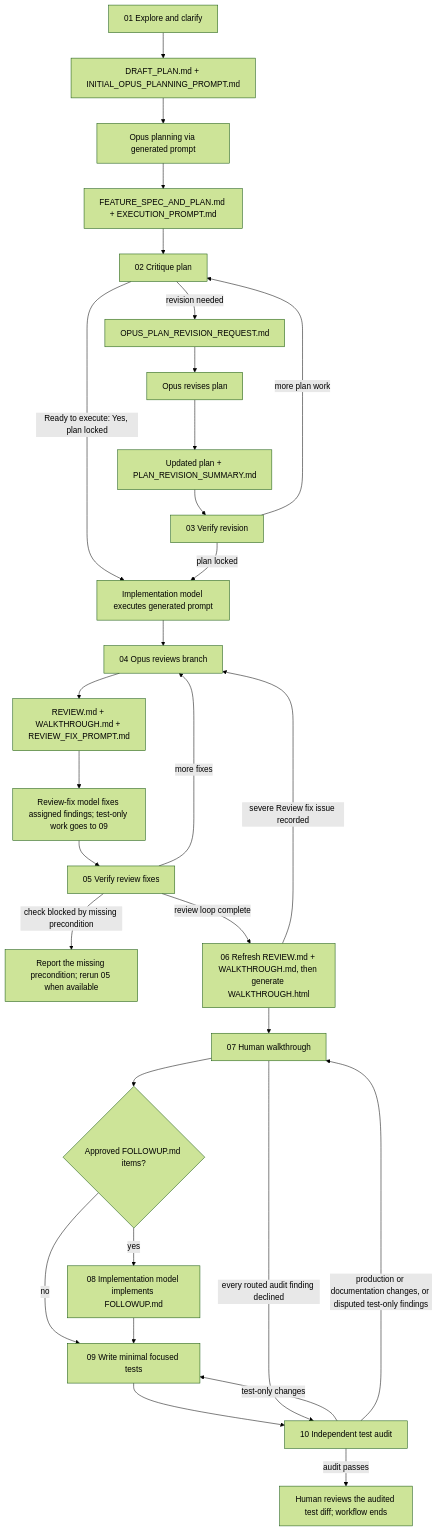
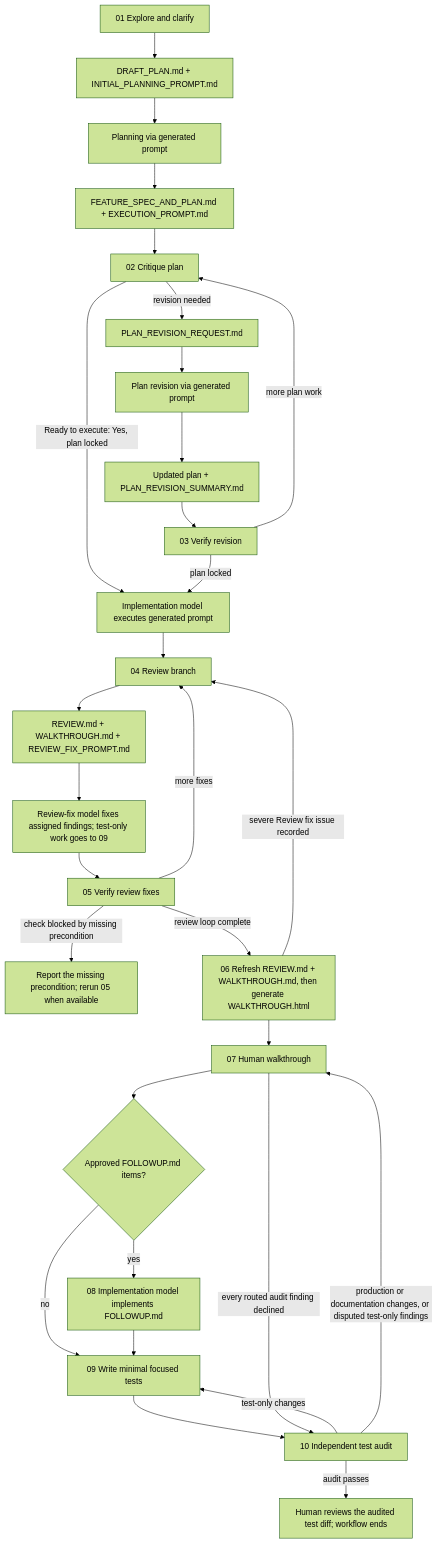
Before and after one commit to viseshrp/ai-coding-workflow: the diagram in README.md, drawn with Mermaid (forest theme). The commit also changed other lines of this file and 9 other files, not shown here.

````diff
--- a/README.md
+++ b/README.md
@@ -9,32 +9,32 @@
 ```mermaid
 flowchart TD
-    A["01 Explore and clarify"] --> B["DRAFT_PLAN.md + INITIAL_OPUS_PLANNING_PROMPT.md"]
-    B --> C["Opus planning via generated prompt"]
+    A["01 Explore and clarify"] --> B["DRAFT_PLAN.md + INITIAL_PLANNING_PROMPT.md"]
+    B --> C["Planning via generated prompt"]
     C --> D["FEATURE_SPEC_AND_PLAN.md + EXECUTION_PROMPT.md"]
     D --> E["02 Critique plan"]
-    E -- "revision needed" --> F["OPUS_PLAN_REVISION_REQUEST.md"]
+    E -- "revision needed" --> F["PLAN_REVISION_REQUEST.md"]
     E -- "Ready to execute: Yes, plan locked" --> J
-    F --> G["Opus revises plan"]
+    F --> G["Plan revision via generated prompt"]
     G --> H["Updated plan + PLAN_REVISION_SUMMARY.md"]
     H --> I["03 Verify revision"]
     I -- "more plan work" --> E
     I -- "plan locked" --> J["Implementation model executes generated prompt"]
-    J --> K["04 Opus reviews branch"]
+    J --> K["04 Review branch"]
     K --> L["REVIEW.md + WALKTHROUGH.md + REVIEW_FIX_PROMPT.md"]
     L --> M["Review-fix model fixes assigned findings; test-only work goes to 09"]
     M --> N["05 Verify review fixes"]
     N -- "more fixes" --> K
     N -- "check blocked by missing precondition" --> V["Report the missing precondition; rerun 05 when available"]
     N -- "review loop complete" --> O["06 Refresh REVIEW.md + WALKTHROUGH.md, then generate WALKTHROUGH.html"]
     O -- "severe Review fix issue recorded" --> K
     O --> P["07 Human walkthrough"]
     P --> Q{"Approved FOLLOWUP.md items?"}
     Q -- "yes" --> R["08 Implementation model implements FOLLOWUP.md"]
     Q -- "no" --> S["09 Write minimal focused tests"]
     R --> S
     S --> T["10 Independent test audit"]
     T -- "test-only changes" --> S
     T -- "production or documentation changes, or disputed test-only findings" --> P
     P -- "every routed audit finding declined" --> T
     T -- "audit passes" --> U["Human reviews the audited test diff; workflow ends"]
 ```
````
